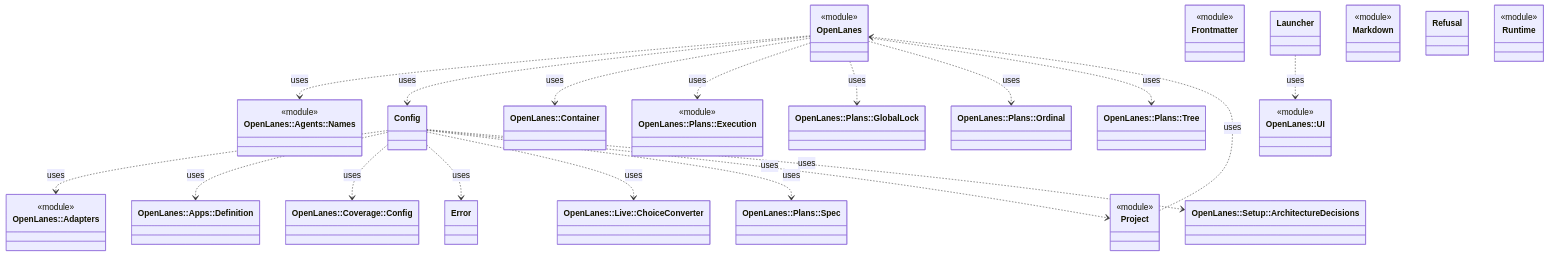
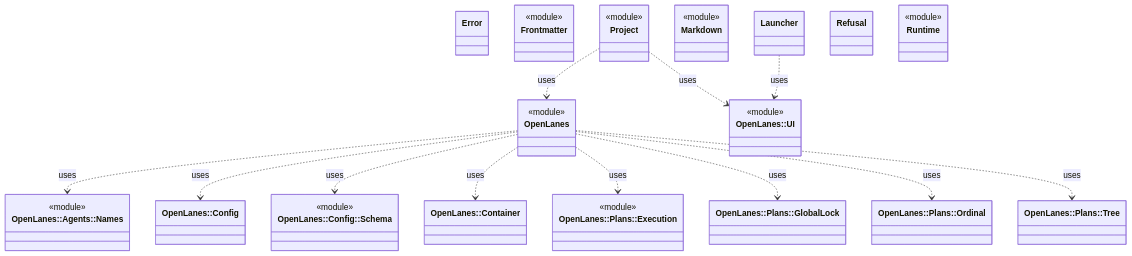
Before and after one commit to kigster/openlanes: the diagram in docs/architecture/openlanes.md, drawn with Mermaid. The commit also changed 26 other files, not shown here.

Commit message:
Config Schema and Main Checkout

````diff
--- a/docs/architecture/openlanes.md
+++ b/docs/architecture/openlanes.md
@@ -5,51 +5,40 @@
 ```mermaid
 classDiagram
   class OpenLanes["OpenLanes"]
   <<module>> OpenLanes
-  class OpenLanes__Adapters["OpenLanes::Adapters"]
-  <<module>> OpenLanes__Adapters
   class OpenLanes__Agents__Names["OpenLanes::Agents::Names"]
   <<module>> OpenLanes__Agents__Names
-  class OpenLanes__Apps__Definition["OpenLanes::Apps::Definition"]
-  class OpenLanes__Config["Config"]
+  class OpenLanes__Config["OpenLanes::Config"]
+  class OpenLanes__Config__Schema["OpenLanes::Config::Schema"]
+  <<module>> OpenLanes__Config__Schema
   class OpenLanes__Container["OpenLanes::Container"]
-  class OpenLanes__Coverage__Config["OpenLanes::Coverage::Config"]
   class OpenLanes__Error["Error"]
   class OpenLanes__Frontmatter["Frontmatter"]
   <<module>> OpenLanes__Frontmatter
   class OpenLanes__Launcher["Launcher"]
-  class OpenLanes__Live__ChoiceConverter["OpenLanes::Live::ChoiceConverter"]
   class OpenLanes__Markdown["Markdown"]
   <<module>> OpenLanes__Markdown
   class OpenLanes__Plans__Execution["OpenLanes::Plans::Execution"]
   <<module>> OpenLanes__Plans__Execution
   class OpenLanes__Plans__GlobalLock["OpenLanes::Plans::GlobalLock"]
   class OpenLanes__Plans__Ordinal["OpenLanes::Plans::Ordinal"]
-  class OpenLanes__Plans__Spec["OpenLanes::Plans::Spec"]
   class OpenLanes__Plans__Tree["OpenLanes::Plans::Tree"]
   class OpenLanes__Project["Project"]
   <<module>> OpenLanes__Project
   class OpenLanes__Refusal["Refusal"]
   class OpenLanes__Runtime["Runtime"]
   <<module>> OpenLanes__Runtime
-  class OpenLanes__Setup__ArchitectureDecisions["OpenLanes::Setup::ArchitectureDecisions"]
   class OpenLanes__UI["OpenLanes::UI"]
   <<module>> OpenLanes__UI
   OpenLanes ..> OpenLanes__Agents__Names : uses
   OpenLanes ..> OpenLanes__Config : uses
+  OpenLanes ..> OpenLanes__Config__Schema : uses
   OpenLanes ..> OpenLanes__Container : uses
   OpenLanes ..> OpenLanes__Plans__Execution : uses
   OpenLanes ..> OpenLanes__Plans__GlobalLock : uses
   OpenLanes ..> OpenLanes__Plans__Ordinal : uses
   OpenLanes ..> OpenLanes__Plans__Tree : uses
-  OpenLanes__Config ..> OpenLanes__Adapters : uses
-  OpenLanes__Config ..> OpenLanes__Apps__Definition : uses
-  OpenLanes__Config ..> OpenLanes__Coverage__Config : uses
-  OpenLanes__Config ..> OpenLanes__Error : uses
-  OpenLanes__Config ..> OpenLanes__Live__ChoiceConverter : uses
-  OpenLanes__Config ..> OpenLanes__Plans__Spec : uses
-  OpenLanes__Config ..> OpenLanes__Project : uses
-  OpenLanes__Config ..> OpenLanes__Setup__ArchitectureDecisions : uses
   OpenLanes__Launcher ..> OpenLanes__UI : uses
   OpenLanes__Project ..> OpenLanes : uses
+  OpenLanes__Project ..> OpenLanes__UI : uses
 ```
````
